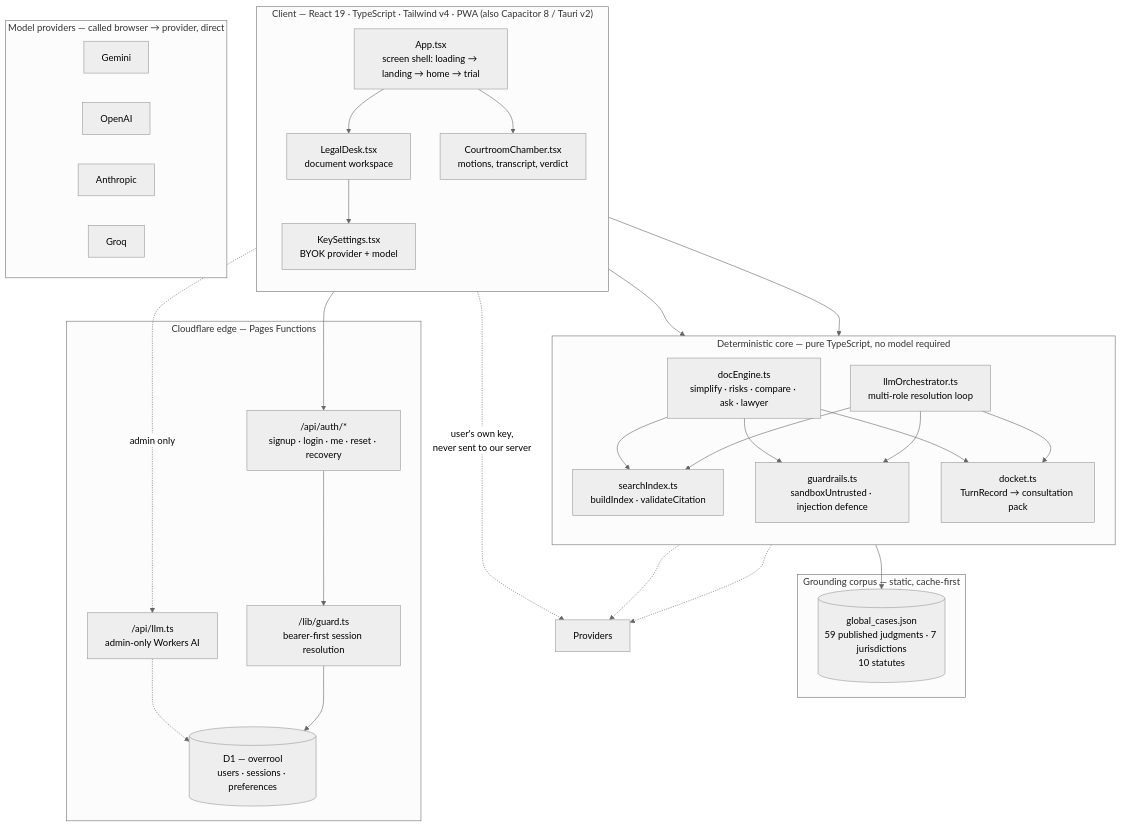
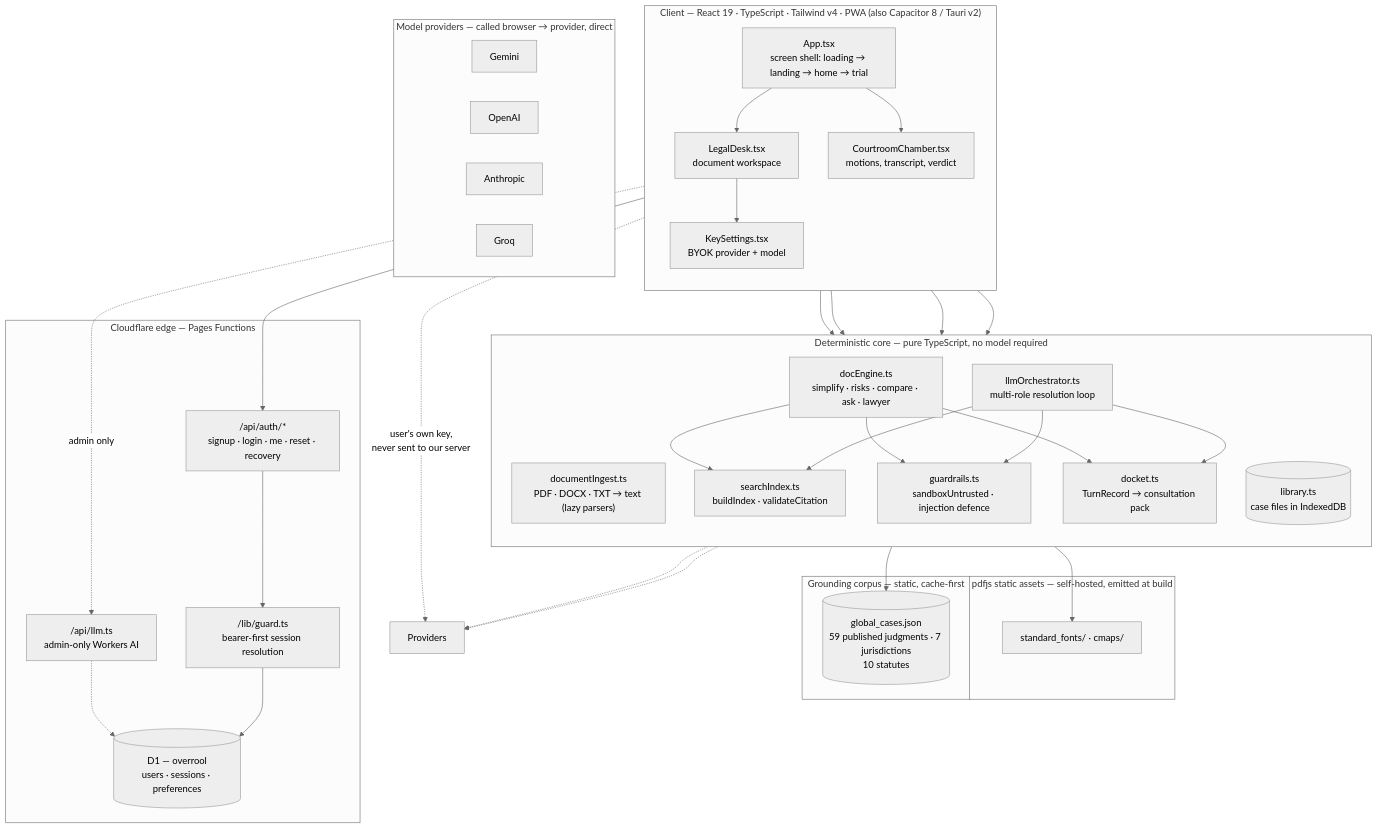
One commit to z99wE/overruled changed the first of 3 diagrams in ARCHITECTURE.md. Above: the diagram before and after it, drawn with Mermaid (neutral theme). The commit also changed other lines of this file and 15 other files, not shown here.

First line of the commit message:
feat(legal-desk): real file upload and a persistent document library

````diff
--- a/ARCHITECTURE.md
+++ b/ARCHITECTURE.md
@@ -15,60 +15,69 @@
 ```mermaid
 flowchart TD
     subgraph client["Client — React 19 · TypeScript · Tailwind v4 · PWA (also Capacitor 8 / Tauri v2)"]
         direction TB
         App["App.tsx<br/>screen shell: loading → landing → home → trial"]
         Desk["LegalDesk.tsx<br/>document workspace"]
         Chamber["CourtroomChamber.tsx<br/>motions, transcript, verdict"]
         KeyVault["KeySettings.tsx<br/>BYOK provider + model"]
     end
 
     subgraph core["Deterministic core — pure TypeScript, no model required"]
         direction TB
+        Ingest["documentIngest.ts<br/>PDF · DOCX · TXT → text (lazy parsers)"]
+        Library[("library.ts<br/>case files in IndexedDB")]
         Engine["docEngine.ts<br/>simplify · risks · compare · ask · lawyer"]
         Orch["llmOrchestrator.ts<br/>multi-role resolution loop"]
         Index["searchIndex.ts<br/>buildIndex · validateCitation"]
         Guard["guardrails.ts<br/>sandboxUntrusted · injection defence"]
         Docket["docket.ts<br/>TurnRecord → consultation pack"]
+    end
+
+    subgraph assets["pdfjs static assets — self-hosted, emitted at build"]
+        Fonts["standard_fonts/ · cmaps/"]
     end
 
     subgraph ground["Grounding corpus — static, cache-first"]
         Corpus[("global_cases.json<br/>59 published judgments · 7 jurisdictions<br/>10 statutes")]
     end
 
     subgraph edge["Cloudflare edge — Pages Functions"]
         Auth["/api/auth/*<br/>signup · login · me · reset · recovery"]
         Guard2["/lib/guard.ts<br/>bearer-first session resolution"]
         D1[("D1 — overrool<br/>users · sessions · preferences")]
         Hosted["/api/llm.ts<br/>admin-only Workers AI"]
     end
 
     subgraph providers["Model providers — called browser → provider, direct"]
         Gemini["Gemini"]
         OpenAI["OpenAI"]
         Anthropic["Anthropic"]
         Groq["Groq"]
     end
 
     App --> Desk
     App --> Chamber
+    Desk --> Ingest
+    Ingest --> Fonts
+    Desk --> Library
     Desk --> Engine
     Chamber --> Orch
     Desk --> KeyVault
     Engine --> Index
     Orch --> Index
     Engine --> Guard
     Orch --> Guard
     Index --> Corpus
     Engine --> Docket
     Orch --> Docket
 
     KeyVault -. "user's own key,<br/>never sent to our server" .-> Providers
     Engine -.-> Providers
     Orch -.-> Providers
 
     App --> Auth
     Auth --> Guard2
     Guard2 --> D1
     Chamber -. "admin only" .-> Hosted
     Hosted -.-> D1
 ```
````
